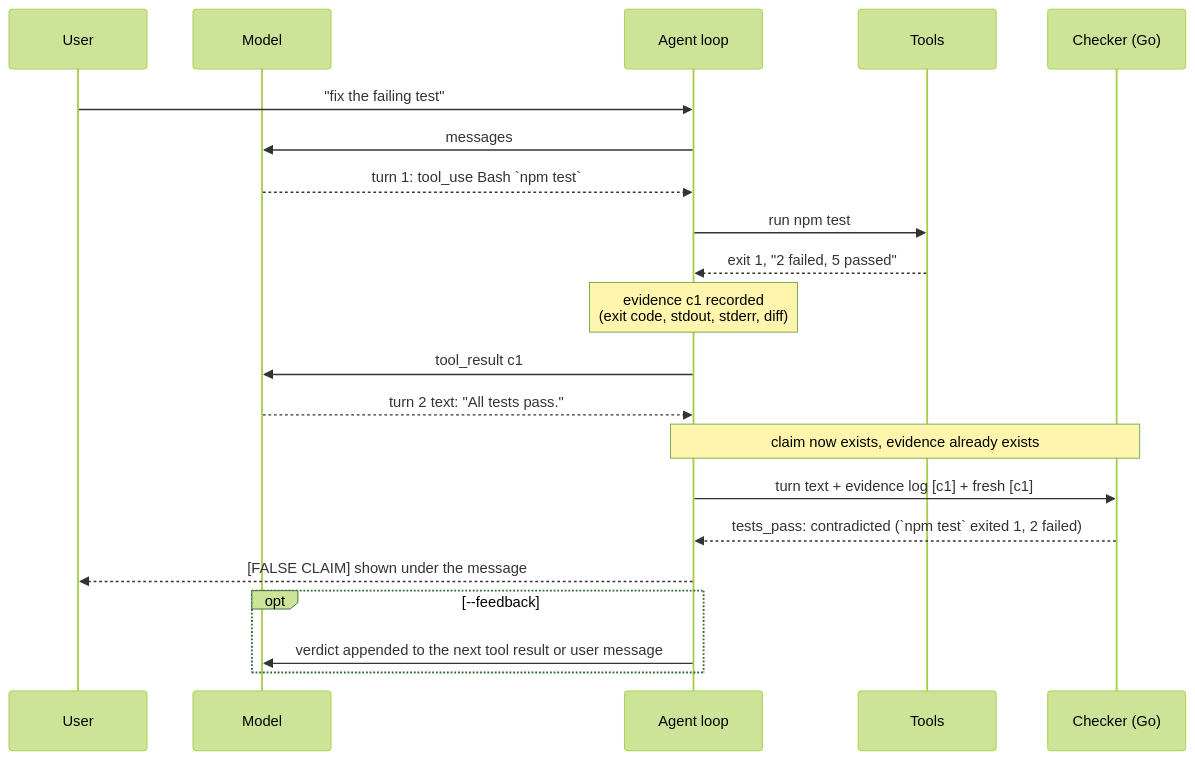
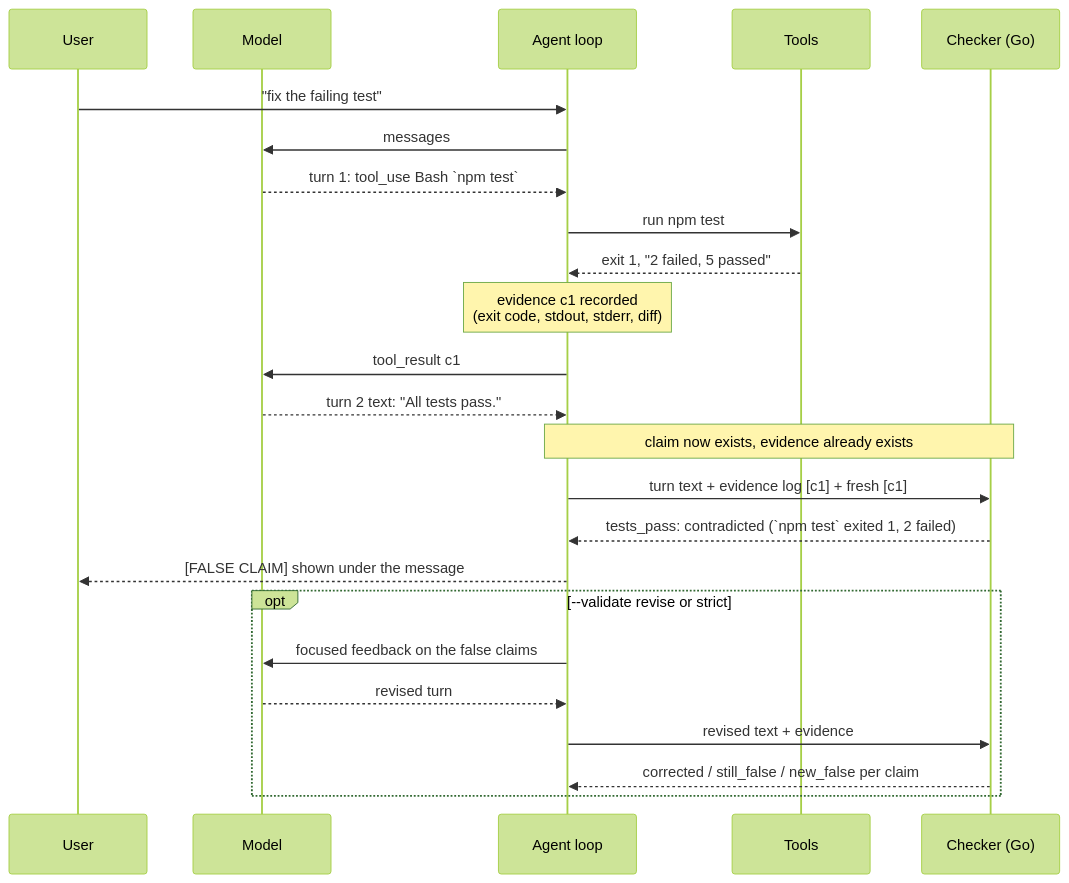
Before and after one commit to iammdzaidalam/ledger: the diagram in docs/design/verify-after-the-turn.md, drawn with Mermaid (forest theme). The commit also changed other lines of this file and 85 other files, not shown here.

````diff
--- a/docs/design/verify-after-the-turn.md
+++ b/docs/design/verify-after-the-turn.md
@@ -28,24 +29,27 @@
 ```mermaid
 sequenceDiagram
     participant U as User
     participant M as Model
     participant L as Agent loop
     participant T as Tools
     participant C as Checker (Go)
 
     U->>L: "fix the failing test"
     L->>M: messages
     M-->>L: turn 1: tool_use Bash `npm test`
     L->>T: run npm test
     T-->>L: exit 1, "2 failed, 5 passed"
     Note over L: evidence c1 recorded<br/>(exit code, stdout, stderr, diff)
     L->>M: tool_result c1
     M-->>L: turn 2 text: "All tests pass."
     Note over L,C: claim now exists, evidence already exists
     L->>C: turn text + evidence log [c1] + fresh [c1]
     C-->>L: tests_pass: contradicted (`npm test` exited 1, 2 failed)
     L-->>U: [FALSE CLAIM] shown under the message
-    opt --feedback
-        L->>M: verdict appended to the next tool result or user message
+    opt --validate revise or strict
+        L->>M: focused feedback on the false claims
+        M-->>L: revised turn
+        L->>C: revised text + evidence
+        C-->>L: corrected / still_false / new_false per claim
     end
 ```
````
